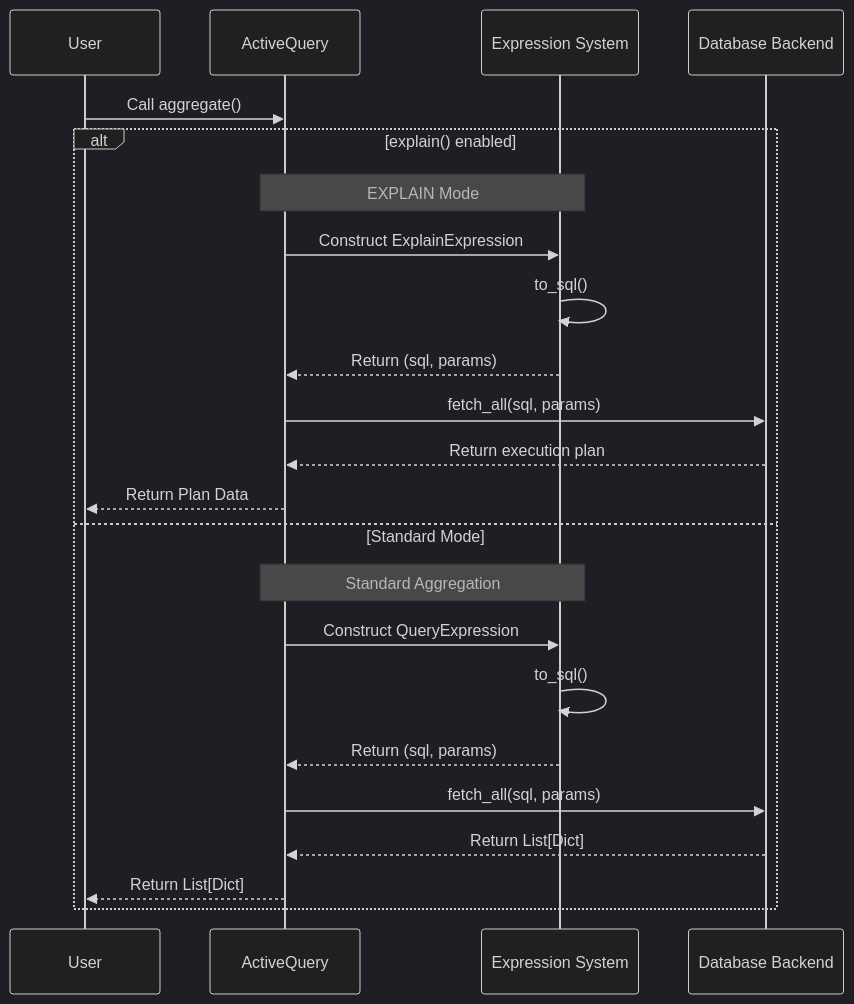
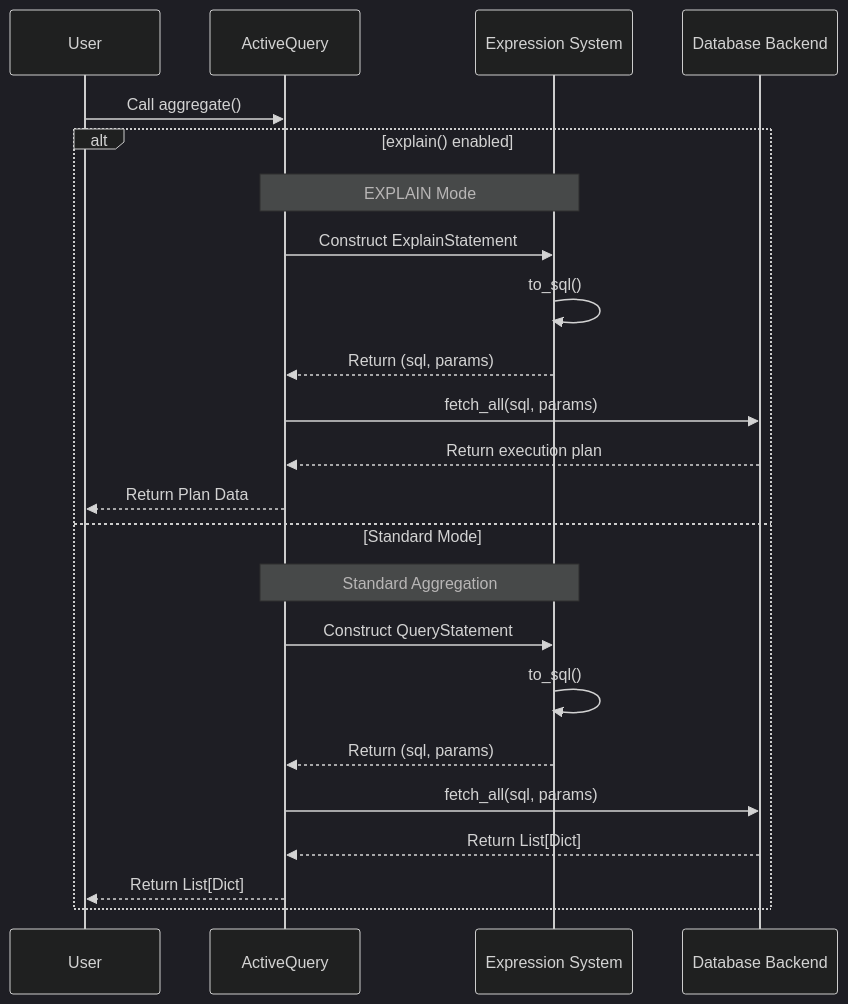
One commit to rhosocial/python-activerecord changed the second of 2 diagrams in docs/en_US/querying/active_query.md. Above: the diagram before and after it, drawn with Mermaid (dark theme). The commit also changed other lines of this file and 310 other files, not shown here.

````diff
--- a/docs/en_US/querying/active_query.md
+++ b/docs/en_US/querying/active_query.md
@@ -746,27 +746,27 @@
 ```mermaid
 sequenceDiagram
     participant User
     participant Query as ActiveQuery
     participant Expr as Expression System
     participant Backend as Database Backend
 
     User->>Query: Call aggregate()
 
     alt explain() enabled
         Note over Query, Expr: EXPLAIN Mode
-        Query->>Expr: Construct ExplainExpression
+        Query->>Expr: Construct ExplainStatement
         Expr->>Expr: to_sql()
         Expr-->>Query: Return (sql, params)
         Query->>Backend: fetch_all(sql, params)
         Backend-->>Query: Return execution plan
         Query-->>User: Return Plan Data
     else Standard Mode
         Note over Query, Expr: Standard Aggregation
-        Query->>Expr: Construct QueryExpression
+        Query->>Expr: Construct QueryStatement
         Expr->>Expr: to_sql()
         Expr-->>Query: Return (sql, params)
         Query->>Backend: fetch_all(sql, params)
         Backend-->>Query: Return List[Dict]
         Query-->>User: Return List[Dict]
     end
 ```
````
